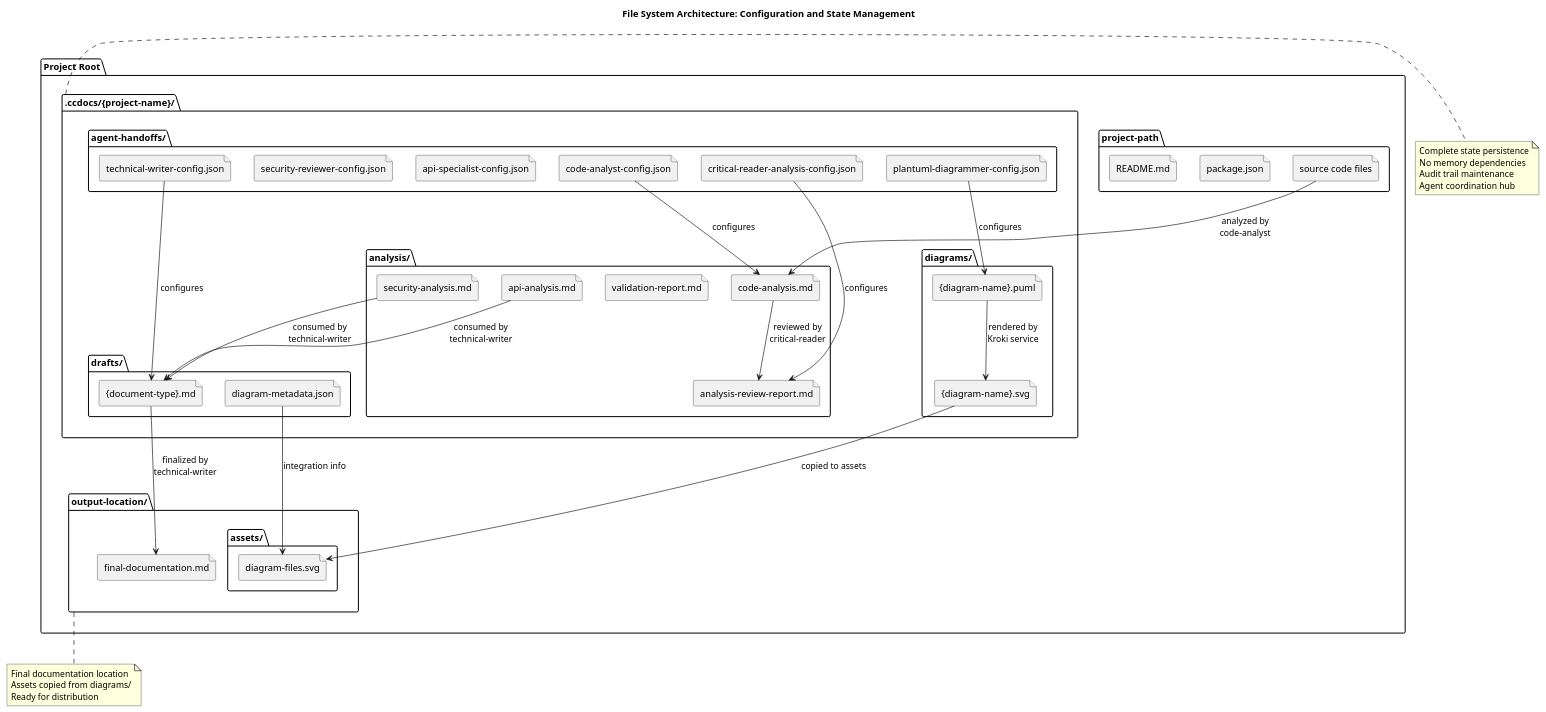
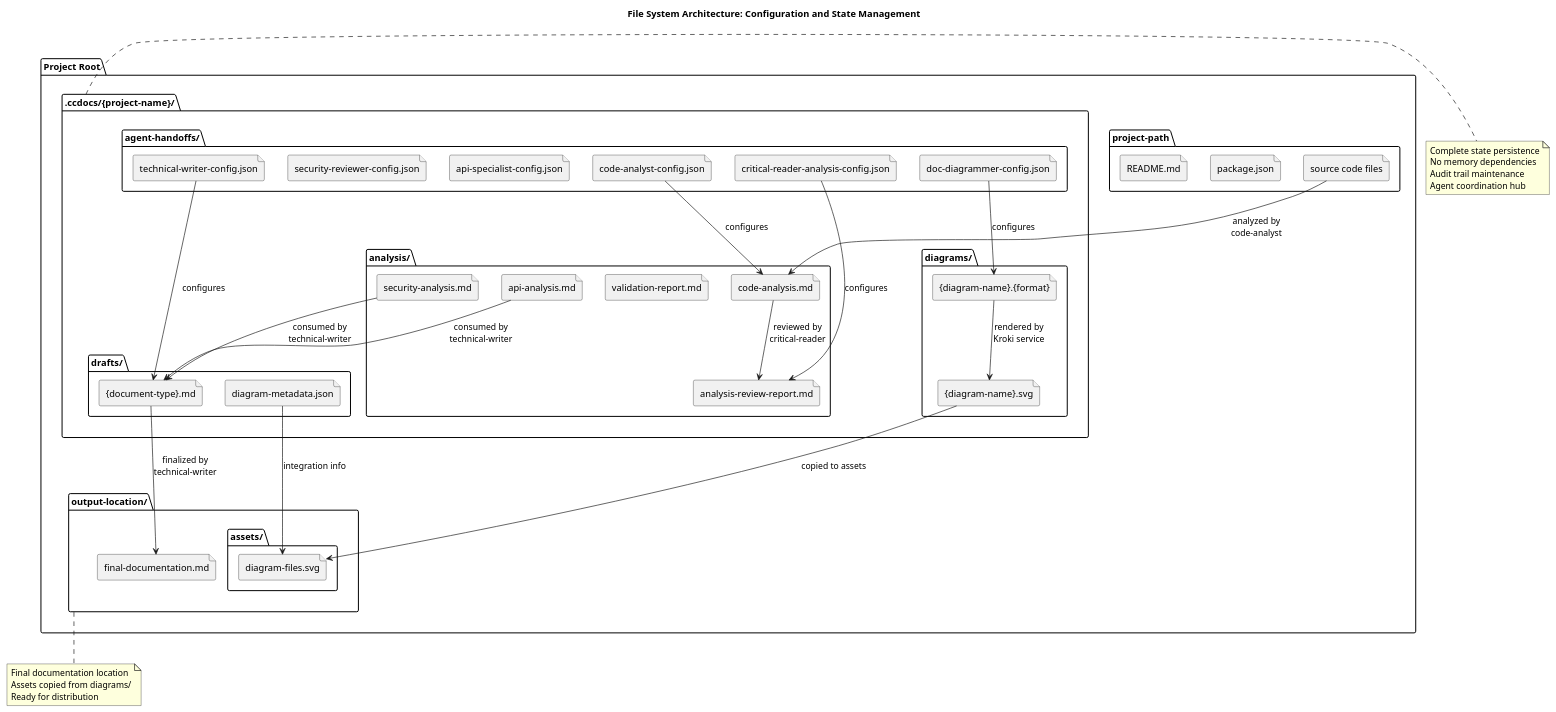
The diagram in docs/assets/file-system-architecture.puml (ssmirnovpro/claude-code-documentation-crew), drawn with PlantUML before and after one commit. The commit also changed 14 other files, not shown here.

Commit message:
diagrammer renamed

```diff
--- a/docs/assets/file-system-architecture.puml
+++ b/docs/assets/file-system-architecture.puml
@@ -1,79 +1,79 @@
 @startuml
 title File System Architecture: Configuration and State Management
 
 package "Project Root" {
   folder "project-path" as ProjectRoot {
     file "source code files" as SourceCode
     file "package.json" as PackageJson
     file "README.md" as ReadmeFile
   }
   
   folder ".ccdocs/{project-name}/" as CcdocsRoot {
     
     folder "agent-handoffs/" as AgentHandoffs {
       file "code-analyst-config.json" as CodeAnalystConfig
       file "technical-writer-config.json" as TechnicalWriterConfig
       file "critical-reader-analysis-config.json" as CriticalReaderConfig
       file "api-specialist-config.json" as ApiSpecialistConfig
       file "security-reviewer-config.json" as SecurityReviewerConfig
-      file "plantuml-diagrammer-config.json" as PlantUMLDiagrammerConfig
+      file "doc-diagrammer-config.json" as DocDiagrammerConfig
     }
     
     folder "analysis/" as Analysis {
       file "code-analysis.md" as CodeAnalysis
       file "analysis-review-report.md" as AnalysisReview
       file "validation-report.md" as ValidationReport
       file "api-analysis.md" as ApiAnalysis
       file "security-analysis.md" as SecurityAnalysis
     }
     
     folder "drafts/" as Drafts {
       file "{document-type}.md" as DocumentDrafts
       file "diagram-metadata.json" as DiagramMetadata
     }
     
     folder "diagrams/" as Diagrams {
-      file "{diagram-name}.puml" as PlantUMLSource
+      file "{diagram-name}.{format}" as DiagramSource
       file "{diagram-name}.svg" as SVGRendered
     }
   }
   
   folder "output-location/" as OutputLocation {
     folder "assets/" as Assets {
       file "diagram-files.svg" as OutputDiagrams
     }
     file "final-documentation.md" as FinalDocs
   }
 }
 
 ' Data flow relationships
 SourceCode --> CodeAnalysis : analyzed by\ncode-analyst
 CodeAnalysis --> AnalysisReview : reviewed by\ncritical-reader
 ApiAnalysis --> DocumentDrafts : consumed by\ntechnical-writer
 SecurityAnalysis --> DocumentDrafts : consumed by\ntechnical-writer
 DocumentDrafts --> FinalDocs : finalized by\ntechnical-writer
 
-PlantUMLSource --> SVGRendered : rendered by\nKroki service
+DiagramSource --> SVGRendered : rendered by\nKroki service
 SVGRendered --> OutputDiagrams : copied to assets
 DiagramMetadata --> OutputDiagrams : integration info
 
 ' Configuration relationships
 CodeAnalystConfig --> CodeAnalysis : configures
 TechnicalWriterConfig --> DocumentDrafts : configures
 CriticalReaderConfig --> AnalysisReview : configures
-PlantUMLDiagrammerConfig --> PlantUMLSource : configures
+DocDiagrammerConfig --> DiagramSource : configures
 
 note right of CcdocsRoot
   Complete state persistence
   No memory dependencies
   Audit trail maintenance
   Agent coordination hub
 end note
 
 note bottom of OutputLocation
   Final documentation location
   Assets copied from diagrams/
   Ready for distribution
 end note
 
 @enduml
```
